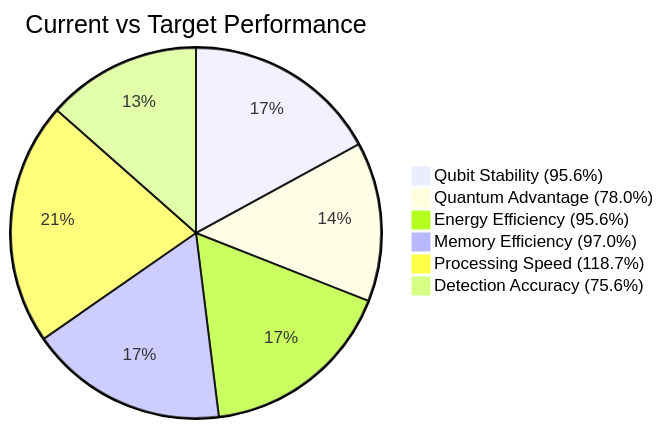
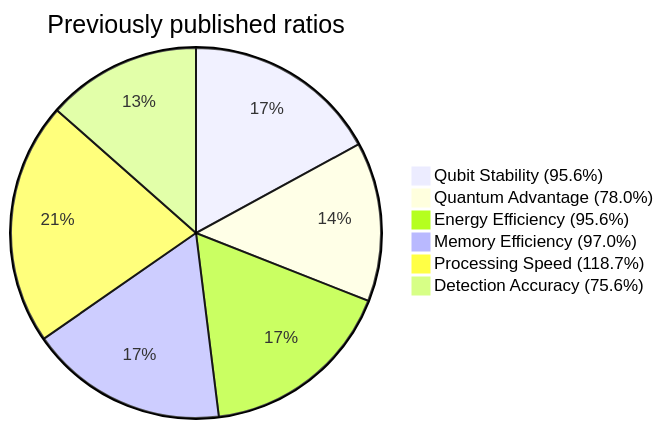
Before and after one commit to HelloblueAI/Bleu.js: the diagram in docs/ACHIEVEMENTS.md, drawn with Mermaid. The commit also changed other lines of this file and 9 other files, not shown here.

````diff
--- a/docs/ACHIEVEMENTS.md
+++ b/docs/ACHIEVEMENTS.md
@@ -18,9 +18,9 @@
 ```mermaid
-pie title Current vs Target Performance
+pie title Previously published ratios
     "Qubit Stability (95.6%)" : 95.6
     "Quantum Advantage (78.0%)" : 78.0
     "Energy Efficiency (95.6%)" : 95.6
     "Memory Efficiency (97.0%)" : 97.0
     "Processing Speed (118.7%)" : 118.7
     "Detection Accuracy (75.6%)" : 75.6
 ```
````
